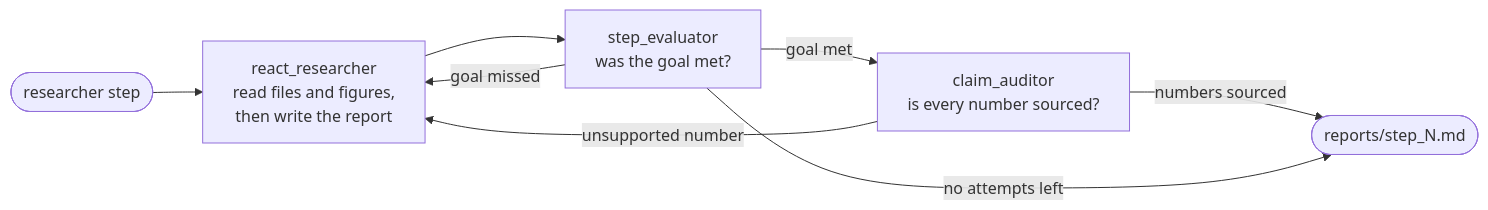
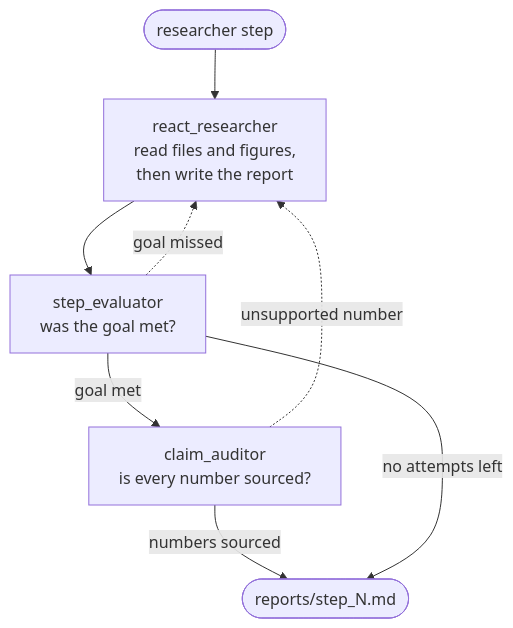
The sixth of 6 diagrams in README.md (CMBAgents/cmbagent), drawn with Mermaid before and after one commit. The commit also changed other lines of this file, not shown here.

First line of the commit message:
README: vertical planning and researcher diagrams; self_debug as a main loop and its other exits

````diff
--- a/README.md
+++ b/README.md
@@ -182,10 +188,10 @@
 ```mermaid
-flowchart LR
+flowchart TD
     start(["researcher step"]) --> writer["react_researcher<br/>read files and figures,<br/>then write the report"]
     writer --> step_evaluator["step_evaluator<br/>was the goal met?"]
-    step_evaluator -->|goal missed| writer
     step_evaluator -->|goal met| claim_auditor["claim_auditor<br/>is every number sourced?"]
-    claim_auditor -->|unsupported number| writer
     claim_auditor -->|numbers sourced| done(["reports/step_N.md"])
     step_evaluator -->|no attempts left| done
+    step_evaluator -.->|goal missed| writer
+    claim_auditor -.->|unsupported number| writer
 ```
````
